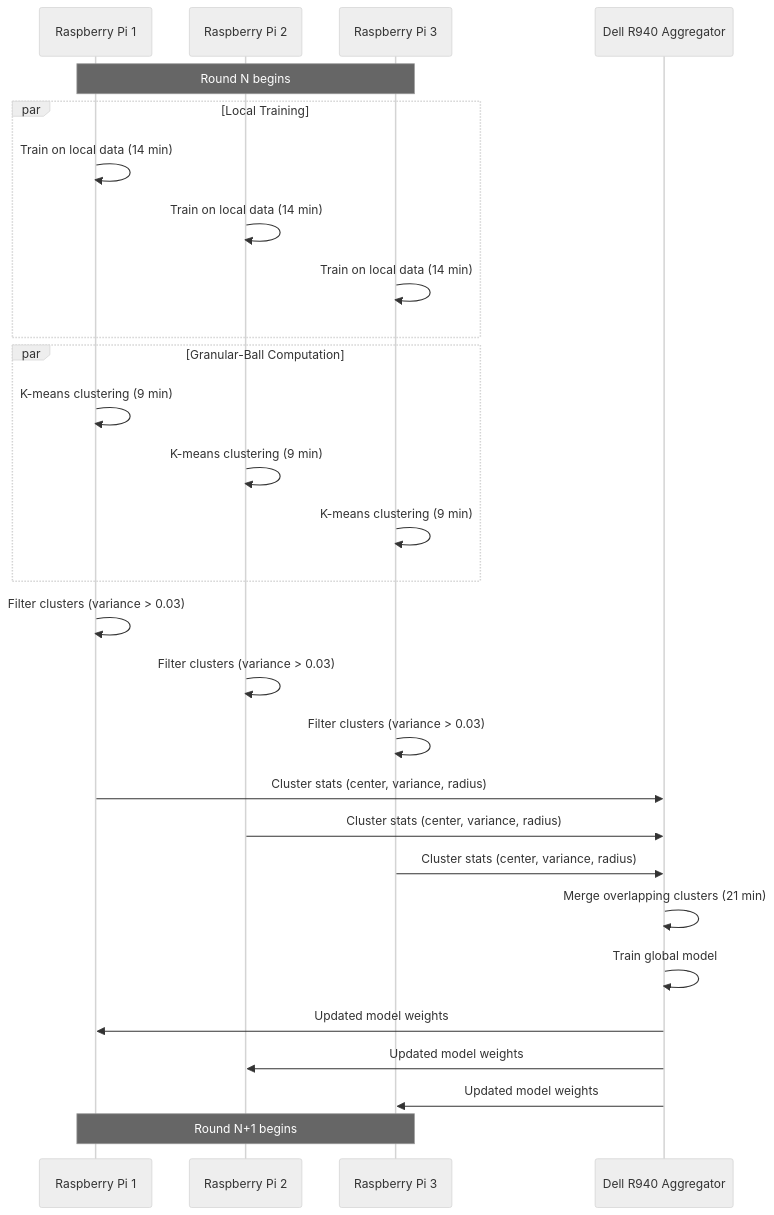
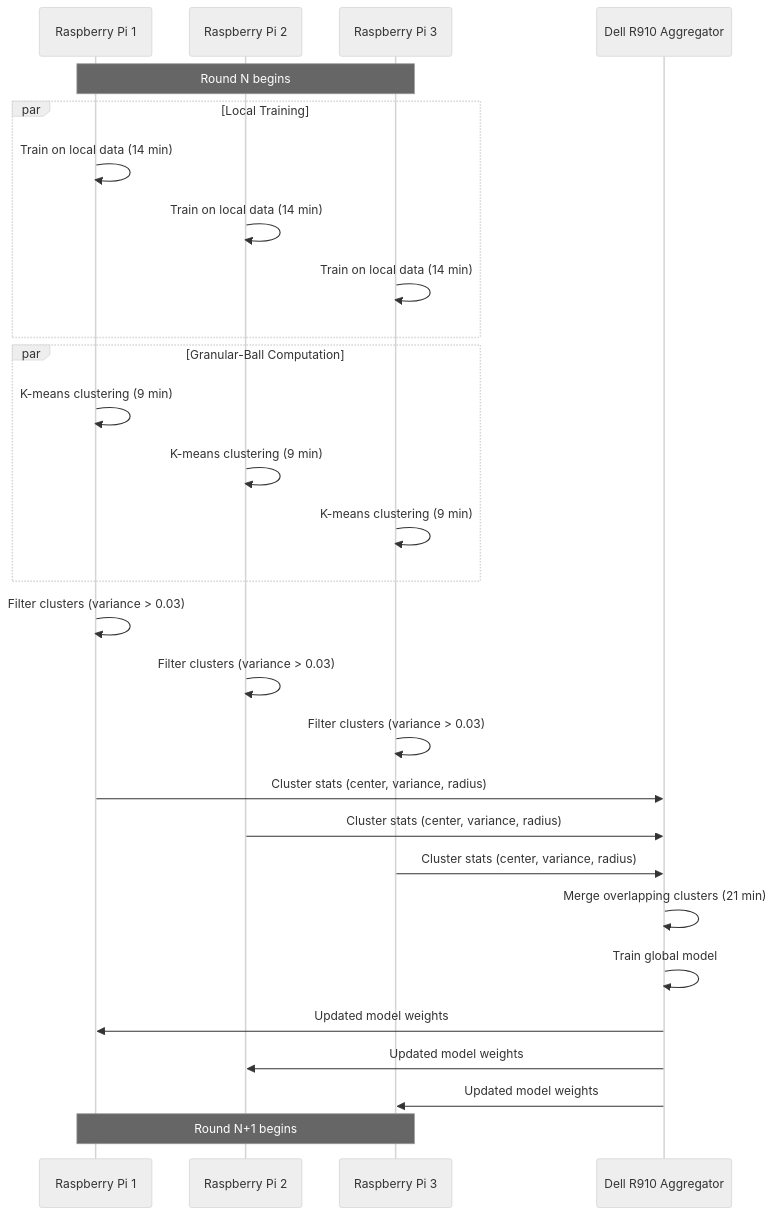
The second of 4 diagrams in src/posts/2025-01-12-privacy-preserving-federated-learning-homelab.md (williamzujkowski/williamzujkowski.github.io), drawn with Mermaid (neutral theme) before and after one commit. The commit also changed other lines of this file and 18 other files, not shown here.

````diff
--- a/src/posts/2025-01-12-privacy-preserving-federated-learning-homelab.md
+++ b/src/posts/2025-01-12-privacy-preserving-federated-learning-homelab.md
@@ -91,31 +91,31 @@
 ```mermaid
 sequenceDiagram
     participant Pi1 as Raspberry Pi 1
     participant Pi2 as Raspberry Pi 2
     participant Pi3 as Raspberry Pi 3
-    participant R940 as Dell R940 Aggregator
+    participant R910 as Dell R910 Aggregator
 
     Note over Pi1,Pi3: Round N begins
     par Local Training
         Pi1->>Pi1: Train on local data (14 min)
         Pi2->>Pi2: Train on local data (14 min)
         Pi3->>Pi3: Train on local data (14 min)
     end
     par Granular-Ball Computation
         Pi1->>Pi1: K-means clustering (9 min)
         Pi2->>Pi2: K-means clustering (9 min)
         Pi3->>Pi3: K-means clustering (9 min)
     end
     Pi1->>Pi1: Filter clusters (variance > 0.03)
     Pi2->>Pi2: Filter clusters (variance > 0.03)
     Pi3->>Pi3: Filter clusters (variance > 0.03)
-    Pi1->>R940: Cluster stats (center, variance, radius)
-    Pi2->>R940: Cluster stats (center, variance, radius)
-    Pi3->>R940: Cluster stats (center, variance, radius)
-    R940->>R940: Merge overlapping clusters (21 min)
-    R940->>R940: Train global model
-    R940->>Pi1: Updated model weights
-    R940->>Pi2: Updated model weights
-    R940->>Pi3: Updated model weights
+    Pi1->>R910: Cluster stats (center, variance, radius)
+    Pi2->>R910: Cluster stats (center, variance, radius)
+    Pi3->>R910: Cluster stats (center, variance, radius)
+    R910->>R910: Merge overlapping clusters (21 min)
+    R910->>R910: Train global model
+    R910->>Pi1: Updated model weights
+    R910->>Pi2: Updated model weights
+    R910->>Pi3: Updated model weights
     Note over Pi1,Pi3: Round N+1 begins
 ```
````
